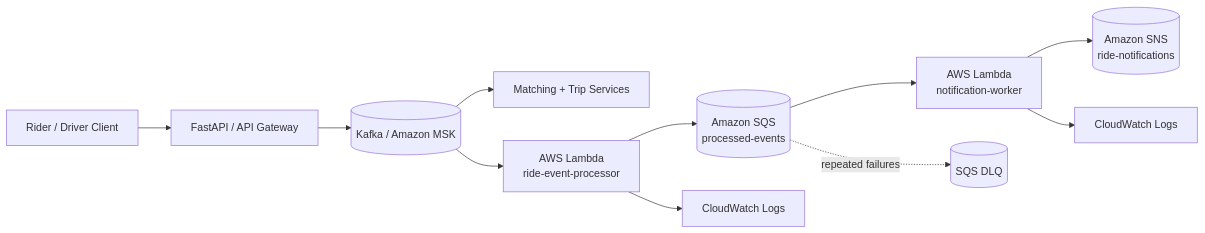
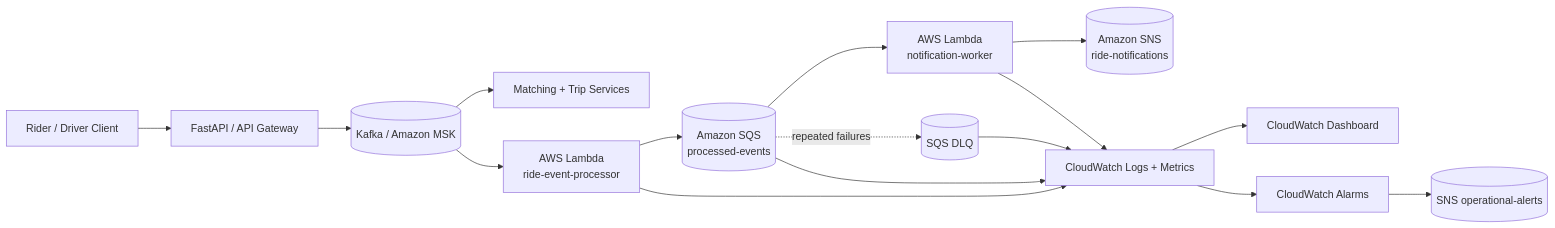
One commit to CoreyLeath-code/Scalable-Event-Driven-Ride-Sharing-Platform changed the diagram in docs/aws-serverless-architecture.md. Above: the diagram before and after it, drawn with Mermaid. The commit also changed other lines of this file, not shown here.

Commit message:
docs: connect serverless architecture to CloudWatch

````diff
--- a/docs/aws-serverless-architecture.md
+++ b/docs/aws-serverless-architecture.md
@@ -7,13 +7,19 @@
 ```mermaid
 flowchart LR
     Client[Rider / Driver Client] --> API[FastAPI / API Gateway]
     API --> Kafka[(Kafka / Amazon MSK)]
     Kafka --> Matching[Matching + Trip Services]
     Kafka --> Processor[AWS Lambda\nride-event-processor]
     Processor --> Queue[(Amazon SQS\nprocessed-events)]
     Queue --> Worker[AWS Lambda\nnotification-worker]
     Queue -. repeated failures .-> DLQ[(SQS DLQ)]
     Worker --> SNS[(Amazon SNS\nride-notifications)]
-    Processor --> Logs1[CloudWatch Logs]
-    Worker --> Logs2[CloudWatch Logs]
+
+    Processor --> CW[CloudWatch Logs + Metrics]
+    Worker --> CW
+    Queue --> CW
+    DLQ --> CW
+    CW --> Dashboard[CloudWatch Dashboard]
+    CW --> Alarms[CloudWatch Alarms]
+    Alarms --> OpsSNS[(SNS operational-alerts)]
 ```
````
